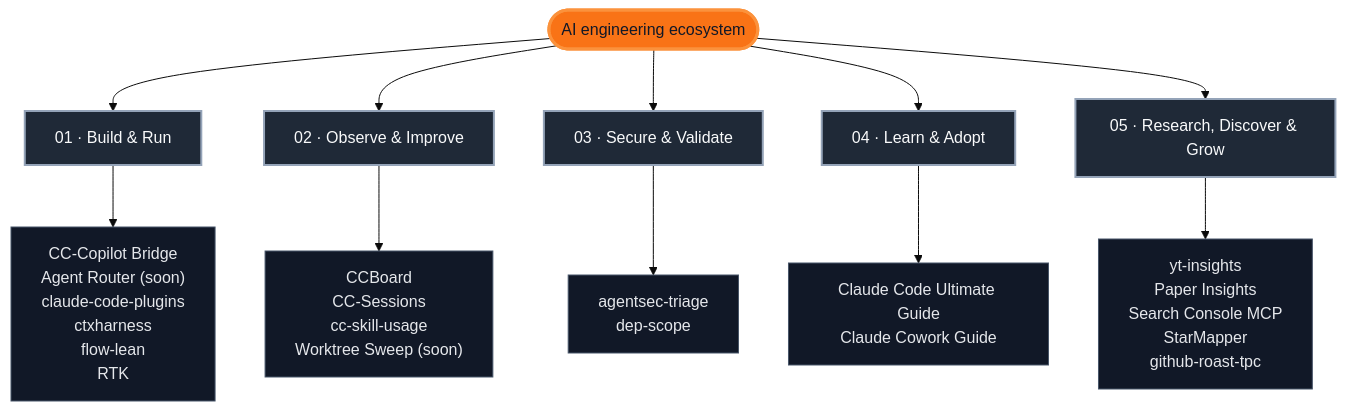
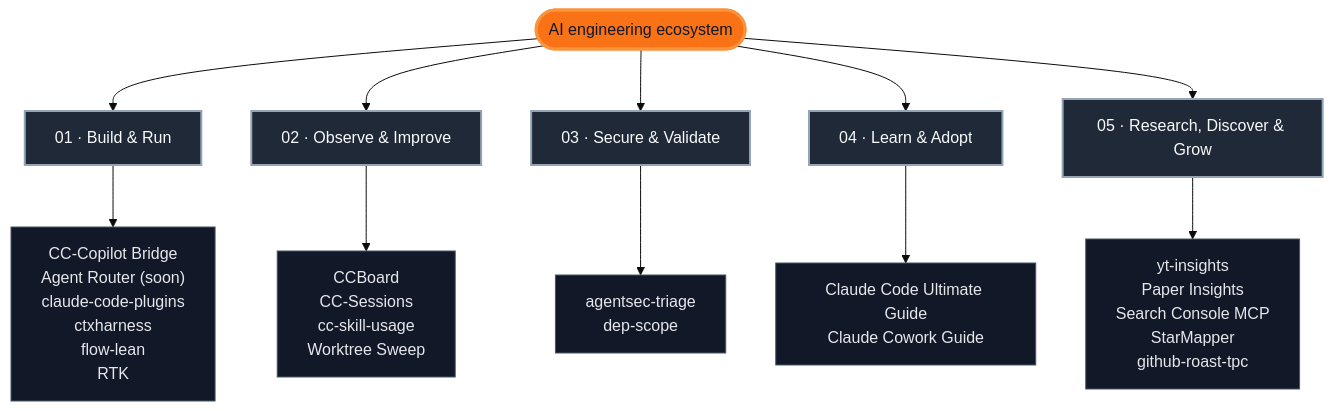
One commit to FlorianBruniaux/FlorianBruniaux changed the diagram in README.md. Above: the diagram before and after it, drawn with Mermaid (base theme). The commit also changed other lines of this file and 3 other files, not shown here.

Commit message:
docs(profile): link public Worktree Sweep

````diff
--- a/README.md
+++ b/README.md
@@ -69,22 +70,22 @@
 ```mermaid
 flowchart TB
   accTitle: AI engineering ecosystem map
   accDescr: Five routes connect the ecosystem hub to all 19 projects
   hub(["AI engineering ecosystem"])
   hub --> build_run["01 · Build & Run"]
   build_run --> build_run_projects["CC-Copilot Bridge<br/>Agent Router (soon)<br/>claude-code-plugins<br/>ctxharness<br/>flow-lean<br/>RTK"]
   hub --> observe_improve["02 · Observe & Improve"]
-  observe_improve --> observe_improve_projects["CCBoard<br/>CC-Sessions<br/>cc-skill-usage<br/>Worktree Sweep (soon)"]
+  observe_improve --> observe_improve_projects["CCBoard<br/>CC-Sessions<br/>cc-skill-usage<br/>Worktree Sweep"]
   hub --> secure_validate["03 · Secure & Validate"]
   secure_validate --> secure_validate_projects["agentsec-triage<br/>dep-scope"]
   hub --> learn_adopt["04 · Learn & Adopt"]
   learn_adopt --> learn_adopt_projects["Claude Code Ultimate Guide<br/>Claude Cowork Guide"]
   hub --> research_discover_grow["05 · Research, Discover & Grow"]
   research_discover_grow --> research_discover_grow_projects["yt-insights<br/>Paper Insights<br/>Search Console MCP<br/>StarMapper<br/>github-roast-tpc"]
   classDef hub fill:#f97316,color:#111827,stroke:#fb923c,stroke-width:3px
   classDef route fill:#1f2937,color:#f9fafb,stroke:#94a3b8,stroke-width:2px
   classDef projects fill:#111827,color:#e5e7eb,stroke:#475569
   class hub hub
   class build_run,observe_improve,secure_validate,learn_adopt,research_discover_grow route
   class build_run_projects,observe_improve_projects,secure_validate_projects,learn_adopt_projects,research_discover_grow_projects projects
 ```
````
